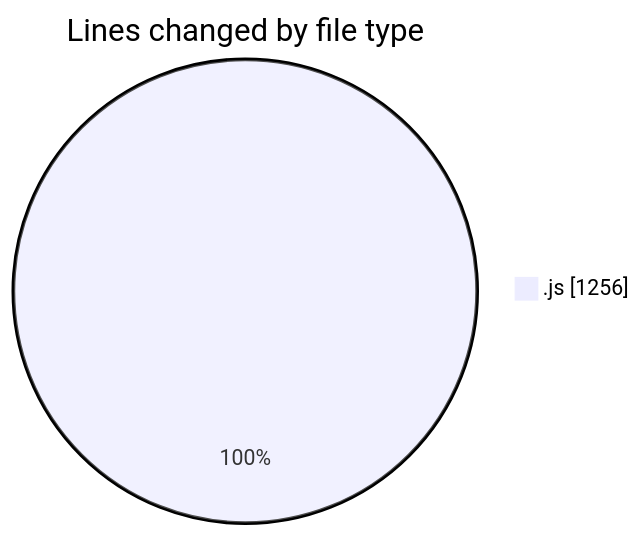
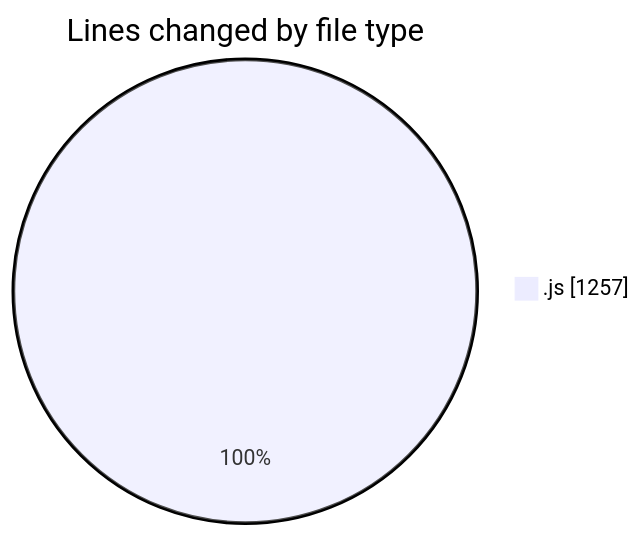
Before and after one commit to nxtqubesakshisongat/code-tracking: the first of 2 diagrams in 2025-09-08/cashcalculator/README.md, drawn with Mermaid. The commit also changed other lines of this file and 1 other file, not shown here.

````diff
--- a/2025-09-08/cashcalculator/README.md
+++ b/2025-09-08/cashcalculator/README.md
@@ -20,5 +20,5 @@
 ```mermaid
 pie showData
 title Lines changed by file type
-".js" : 1256
+".js" : 1257
 ```
````
